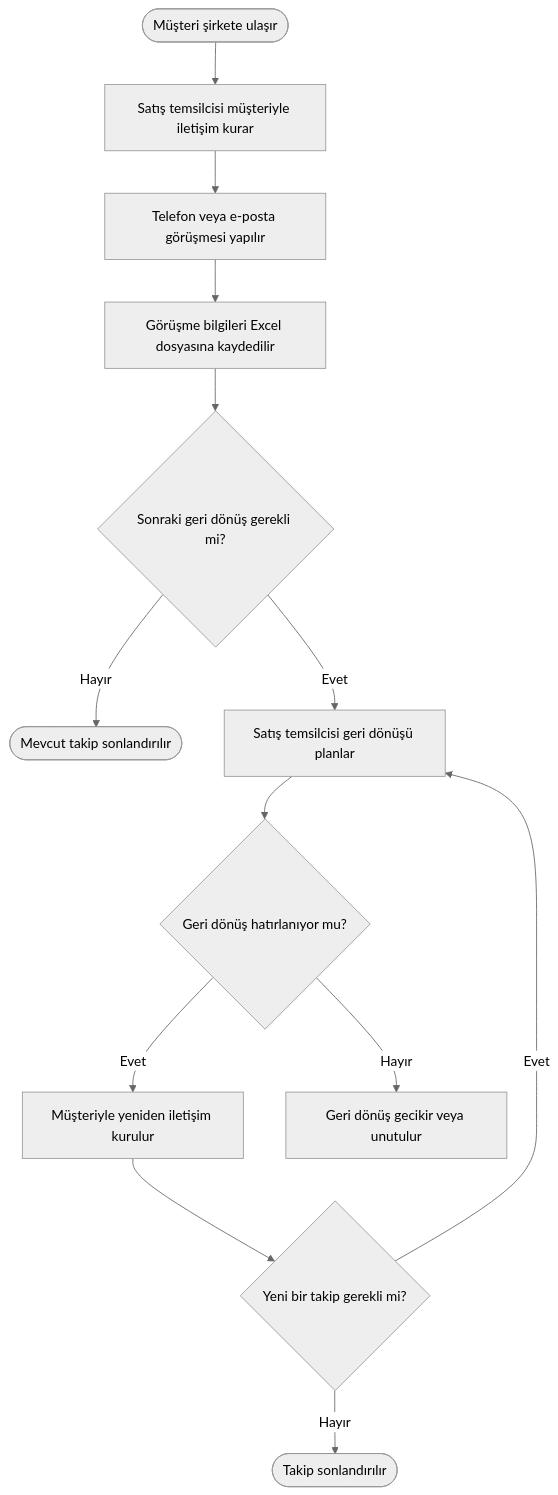
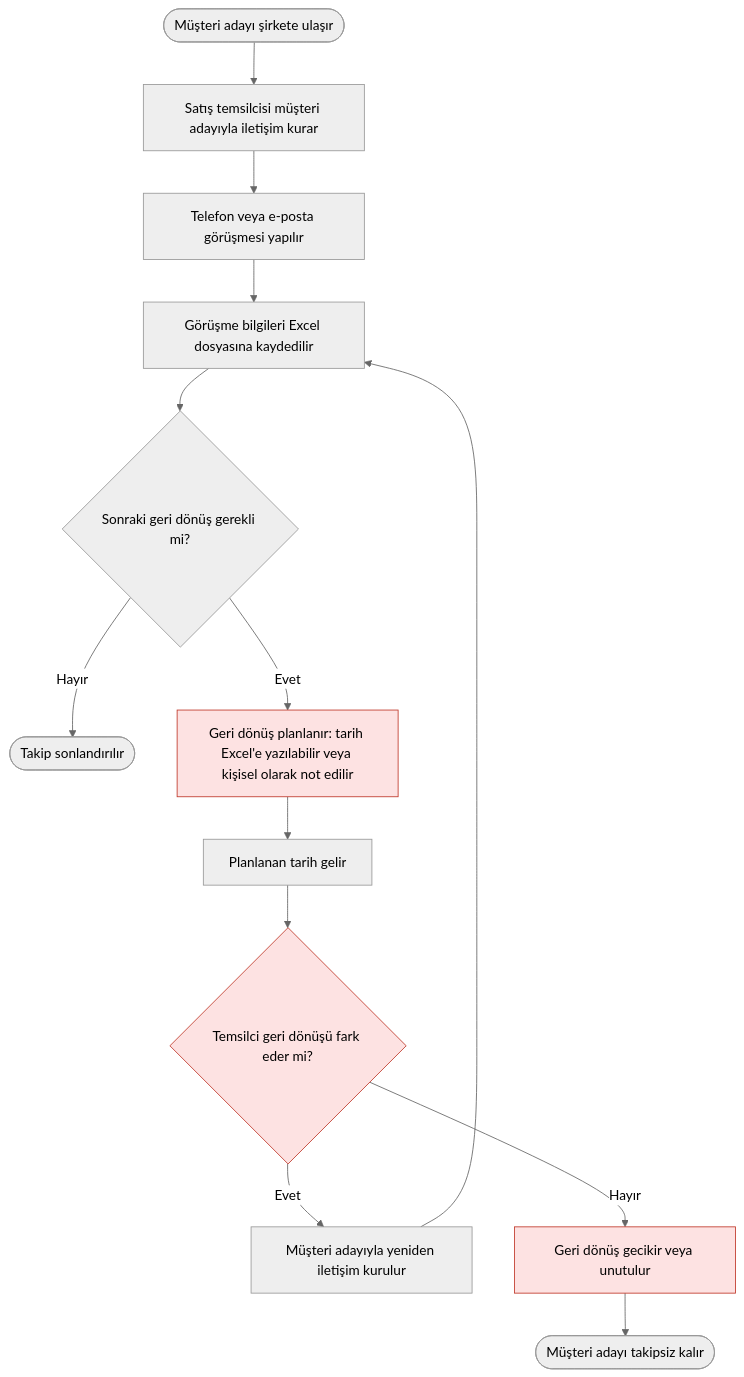
One commit to sudenurbakir/crm-lead-management-analysis changed the diagram in diagrams/current_process_flow.md. Above: the diagram before and after it, drawn with Mermaid (neutral theme). The commit also changed other lines of this file, not shown here.

First line of the commit message:
Güncelle müşteri takip süreci diyagramını

````diff
--- a/diagrams/current_process_flow.md
+++ b/diagrams/current_process_flow.md
@@ -9,15 +9,18 @@
 ```mermaid
 flowchart TD
-    A([Müşteri şirkete ulaşır]) --> B[Satış temsilcisi müşteriyle iletişim kurar]
+    A([Müşteri adayı şirkete ulaşır]) --> B[Satış temsilcisi müşteri adayıyla iletişim kurar]
     B --> C[Telefon veya e-posta görüşmesi yapılır]
     C --> D[Görüşme bilgileri Excel dosyasına kaydedilir]
     D --> E{Sonraki geri dönüş gerekli mi?}
-    E -- Hayır --> F([Mevcut takip sonlandırılır])
-    E -- Evet --> G[Satış temsilcisi geri dönüşü planlar]
-    G --> H{Geri dönüş hatırlanıyor mu?}
-    H -- Evet --> I[Müşteriyle yeniden iletişim kurulur]
-    H -- Hayır --> J[Geri dönüş gecikir veya unutulur]
-    I --> K{Yeni bir takip gerekli mi?}
-    K -- Evet --> G
-    K -- Hayır --> L([Takip sonlandırılır])
+    E -- Hayır --> F([Takip sonlandırılır])
+    E -- Evet --> G["Geri dönüş planlanır: tarih Excel'e yazılabilir veya kişisel olarak not edilir"]
+    G --> H[Planlanan tarih gelir]
+    H --> I{Temsilci geri dönüşü fark eder mi?}
+    I -- Evet --> J[Müşteri adayıyla yeniden iletişim kurulur]
+    I -- Hayır --> K[Geri dönüş gecikir veya unutulur]
+    J --> D
+    K --> L([Müşteri adayı takipsiz kalır])
+
+    classDef problem fill:#fde2e2,stroke:#c0392b,color:#000
+    class G,I,K problem
 ```
````
